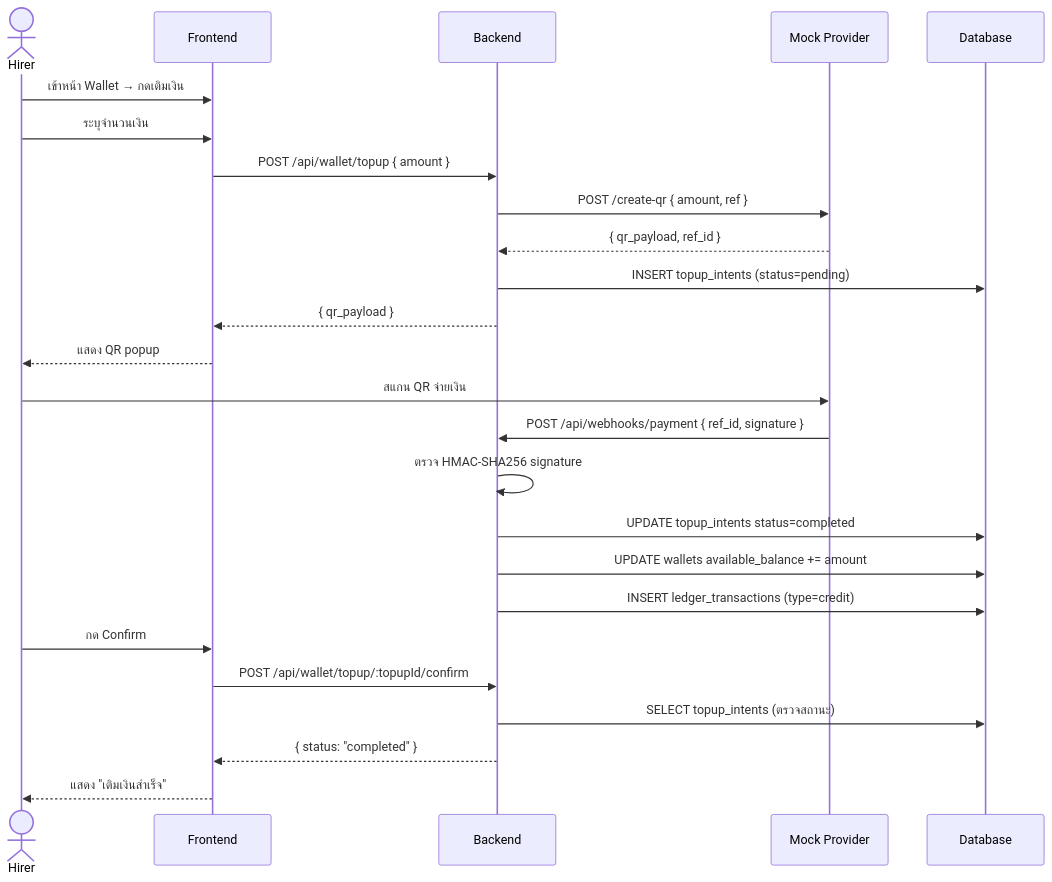
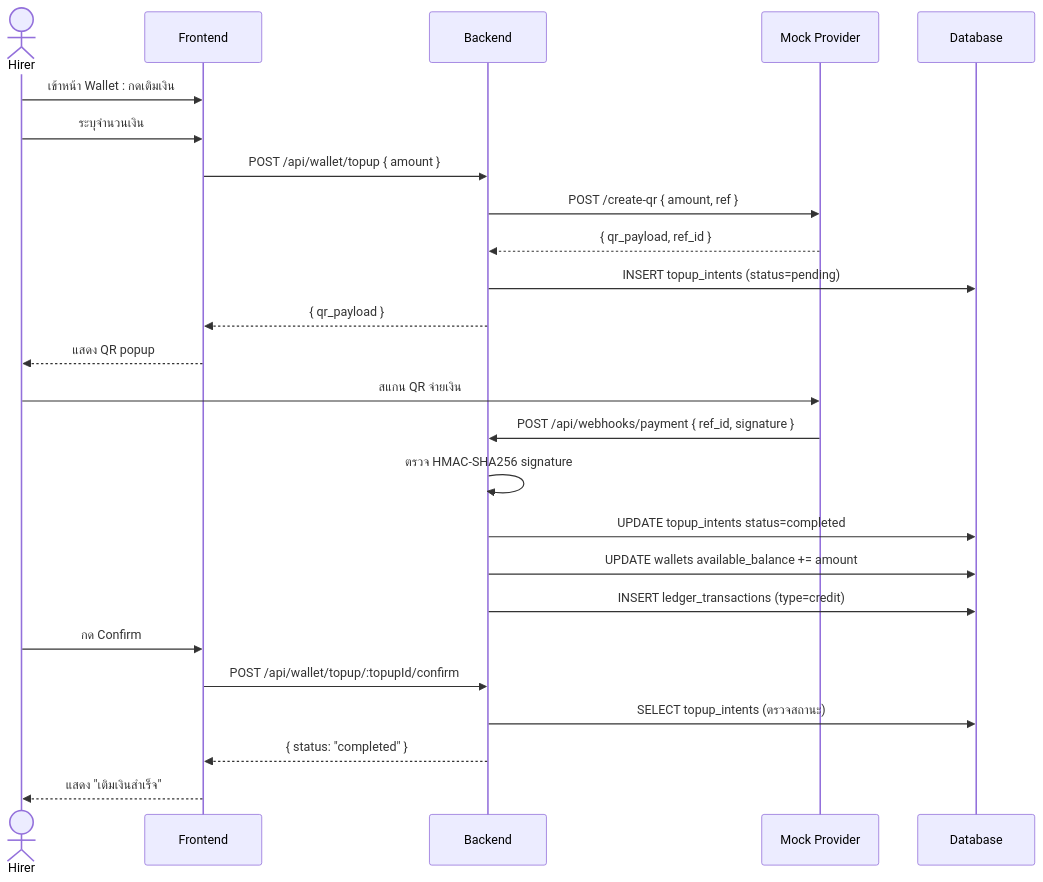
Before and after one commit to SakdaRt/Careconnect: diagram 11 of 16 in THESIS_CONTENT_CH3_PART3.md, drawn with Mermaid. The commit also changed other lines of this file and 1 other file, not shown here.

````diff
--- a/THESIS_CONTENT_CH3_PART3.md
+++ b/THESIS_CONTENT_CH3_PART3.md
@@ -968,27 +969,27 @@
 ```mermaid
 sequenceDiagram
     actor Hirer
     participant FE as Frontend
     participant BE as Backend
     participant MP as Mock Provider
     participant DB as Database
-    Hirer->>FE: เข้าหน้า Wallet → กดเติมเงิน
+    Hirer->>FE: เข้าหน้า Wallet : กดเติมเงิน
     Hirer->>FE: ระบุจำนวนเงิน
     FE->>BE: POST /api/wallet/topup { amount }
     BE->>MP: POST /create-qr { amount, ref }
     MP-->>BE: { qr_payload, ref_id }
     BE->>DB: INSERT topup_intents (status=pending)
     BE-->>FE: { qr_payload }
     FE-->>Hirer: แสดง QR popup
     Hirer->>MP: สแกน QR จ่ายเงิน
     MP->>BE: POST /api/webhooks/payment { ref_id, signature }
     BE->>BE: ตรวจ HMAC-SHA256 signature
     BE->>DB: UPDATE topup_intents status=completed
     BE->>DB: UPDATE wallets available_balance += amount
     BE->>DB: INSERT ledger_transactions (type=credit)
     Hirer->>FE: กด Confirm
     FE->>BE: POST /api/wallet/topup/:topupId/confirm
     BE->>DB: SELECT topup_intents (ตรวจสถานะ)
     BE-->>FE: { status: "completed" }
     FE-->>Hirer: แสดง "เติมเงินสำเร็จ"
 ```
````
